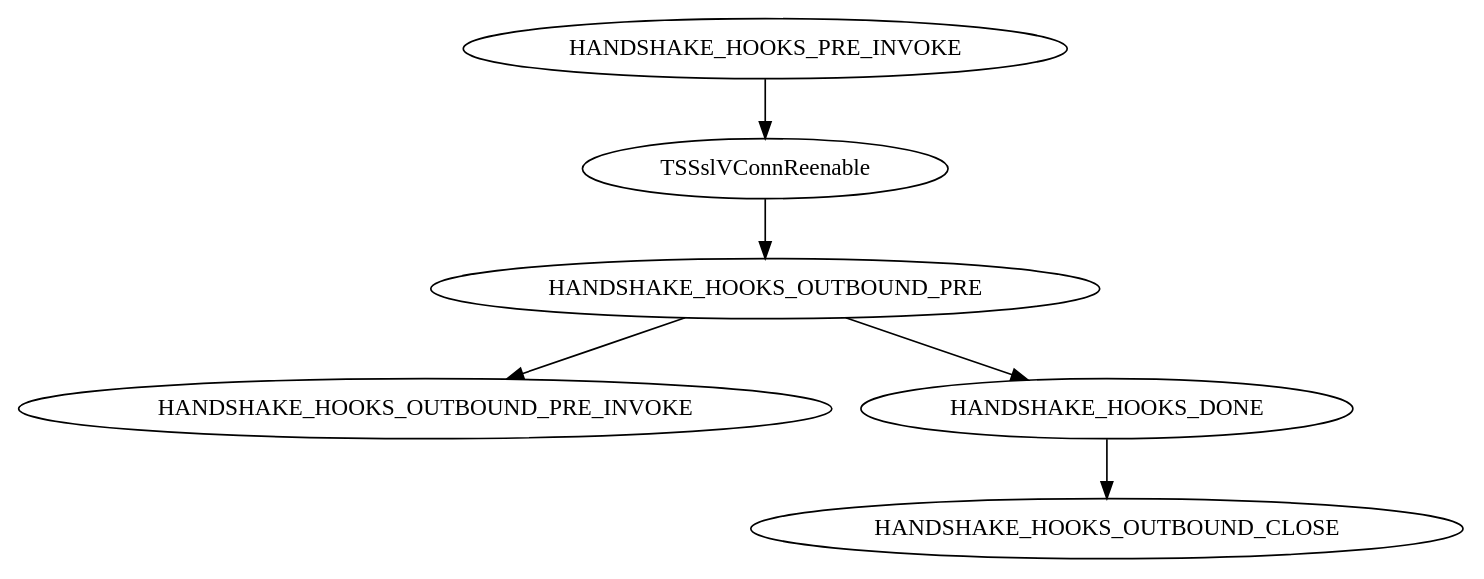
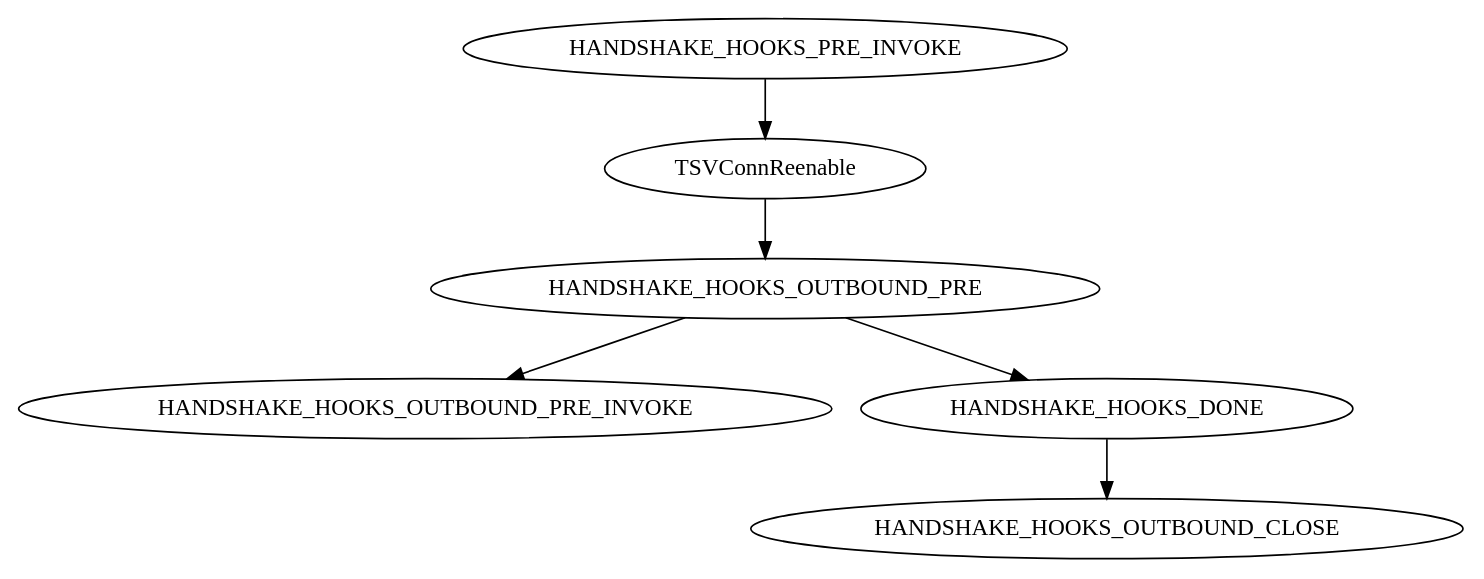
Before and after one commit to apache/trafficserver: the second of 2 diagrams in doc/developer-guide/plugins/hooks-and-transactions/ssl-hooks.en.rst, drawn with Graphviz. The commit also changed other lines of this file and 3 other files, not shown here.

```diff
--- a/doc/developer-guide/plugins/hooks-and-transactions/ssl-hooks.en.rst
+++ b/doc/developer-guide/plugins/hooks-and-transactions/ssl-hooks.en.rst
@@ -163,10 +163,10 @@
 .. graphviz::
    :alt: TLS Outbound Hook State Diagram
 
    digraph tls_hook_state_diagram{
      HANDSHAKE_HOOKS_OUTBOUND_PRE -> HANDSHAKE_HOOKS_OUTBOUND_PRE_INVOKE;
-     HANDSHAKE_HOOKS_PRE_INVOKE -> TSSslVConnReenable;
-     TSSslVConnReenable -> HANDSHAKE_HOOKS_OUTBOUND_PRE;
+     HANDSHAKE_HOOKS_PRE_INVOKE -> TSVConnReenable;
+     TSVConnReenable -> HANDSHAKE_HOOKS_OUTBOUND_PRE;
      HANDSHAKE_HOOKS_OUTBOUND_PRE -> HANDSHAKE_HOOKS_DONE;
      HANDSHAKE_HOOKS_DONE -> HANDSHAKE_HOOKS_OUTBOUND_CLOSE;
    }
```
